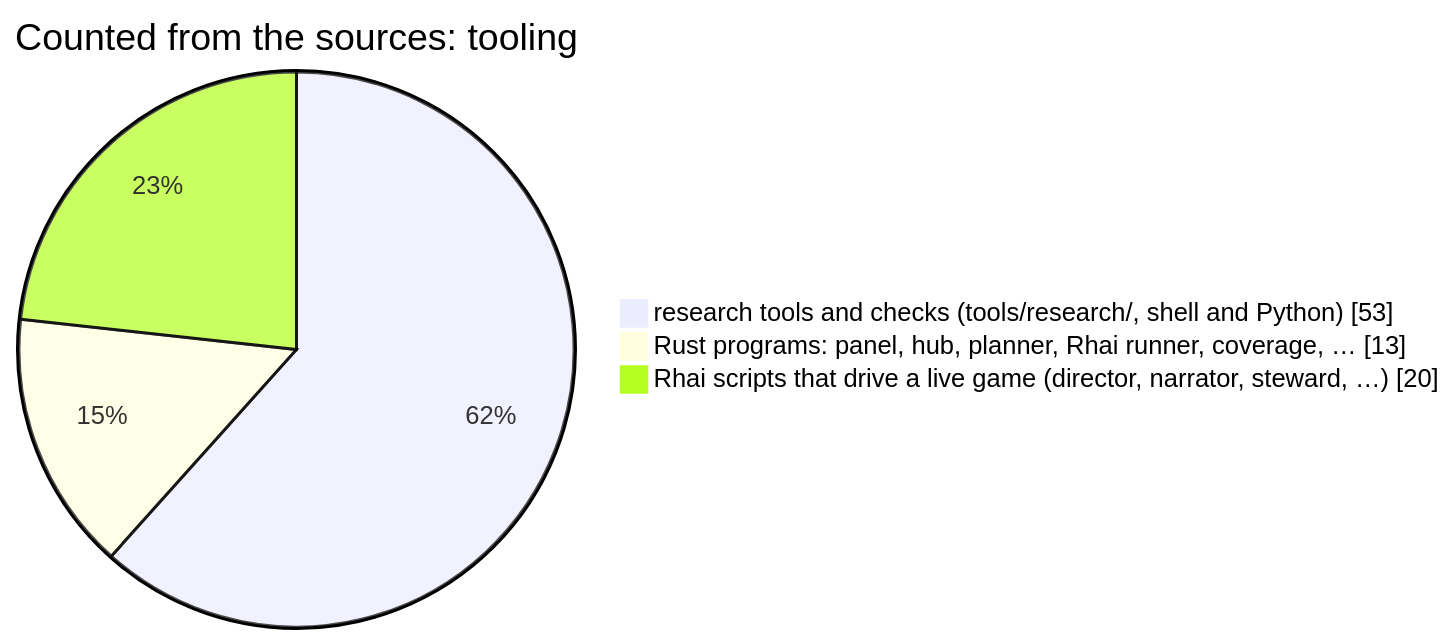
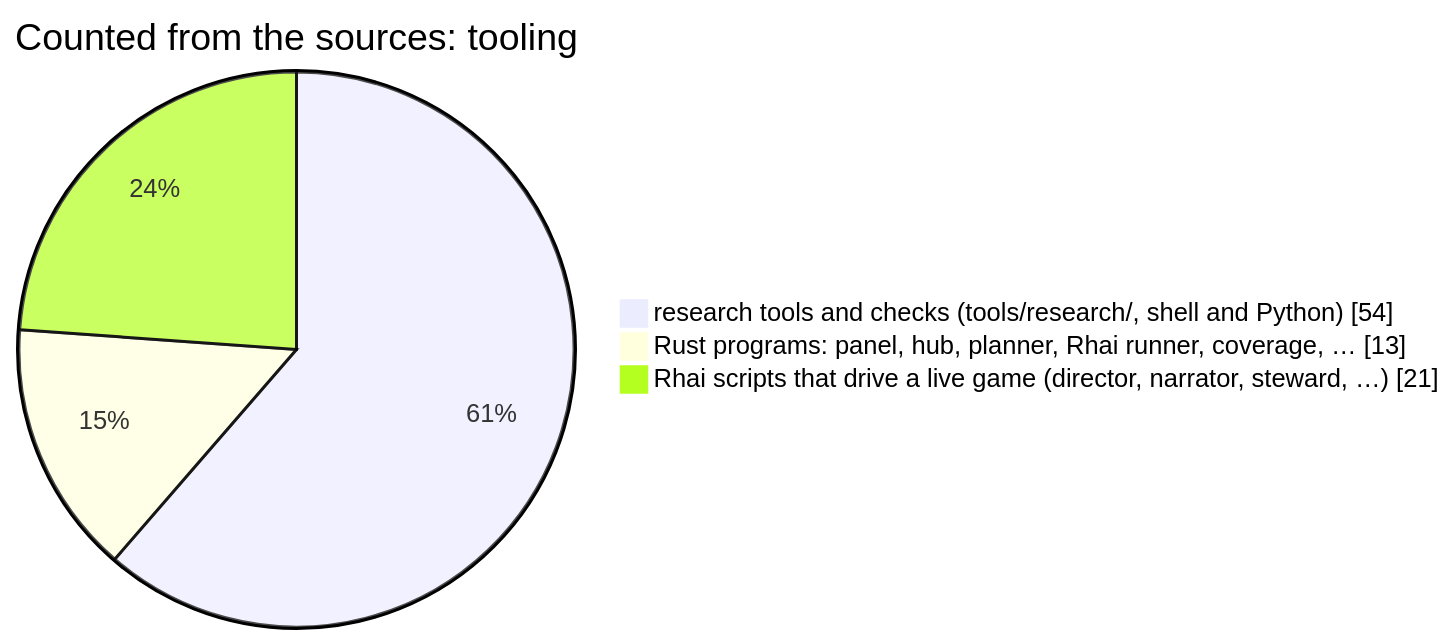
Before and after one commit to korczis/OpenTTD: the seventh of 12 diagrams in README.md, drawn with Mermaid. The commit also changed other lines of this file and 21 other files, not shown here.

````diff
--- a/README.md
+++ b/README.md
@@ -802,6 +802,6 @@
 ```mermaid
 pie showData title Counted from the sources: tooling
-    "research tools and checks (tools/research/, shell and Python)" : 53
+    "research tools and checks (tools/research/, shell and Python)" : 54
     "Rust programs: panel, hub, planner, Rhai runner, coverage, …" : 13
-    "Rhai scripts that drive a live game (director, narrator, steward, …)" : 20
+    "Rhai scripts that drive a live game (director, narrator, steward, …)" : 21
 ```
````
